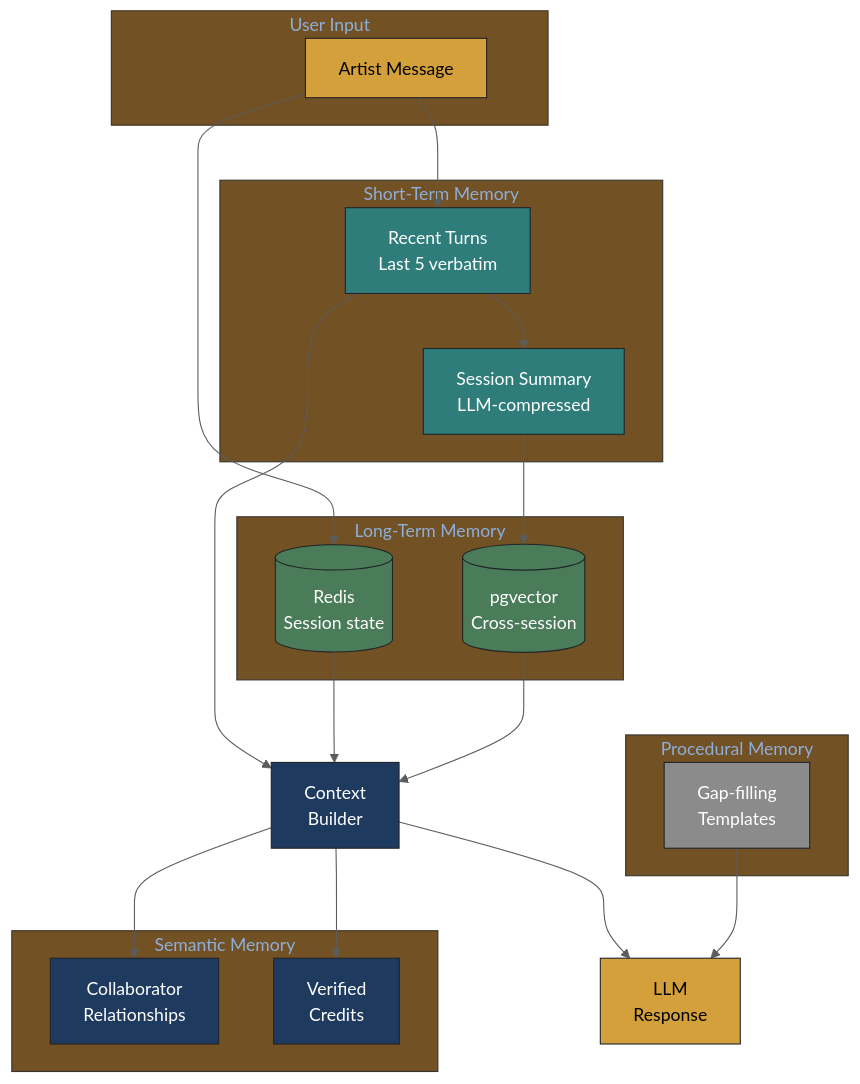
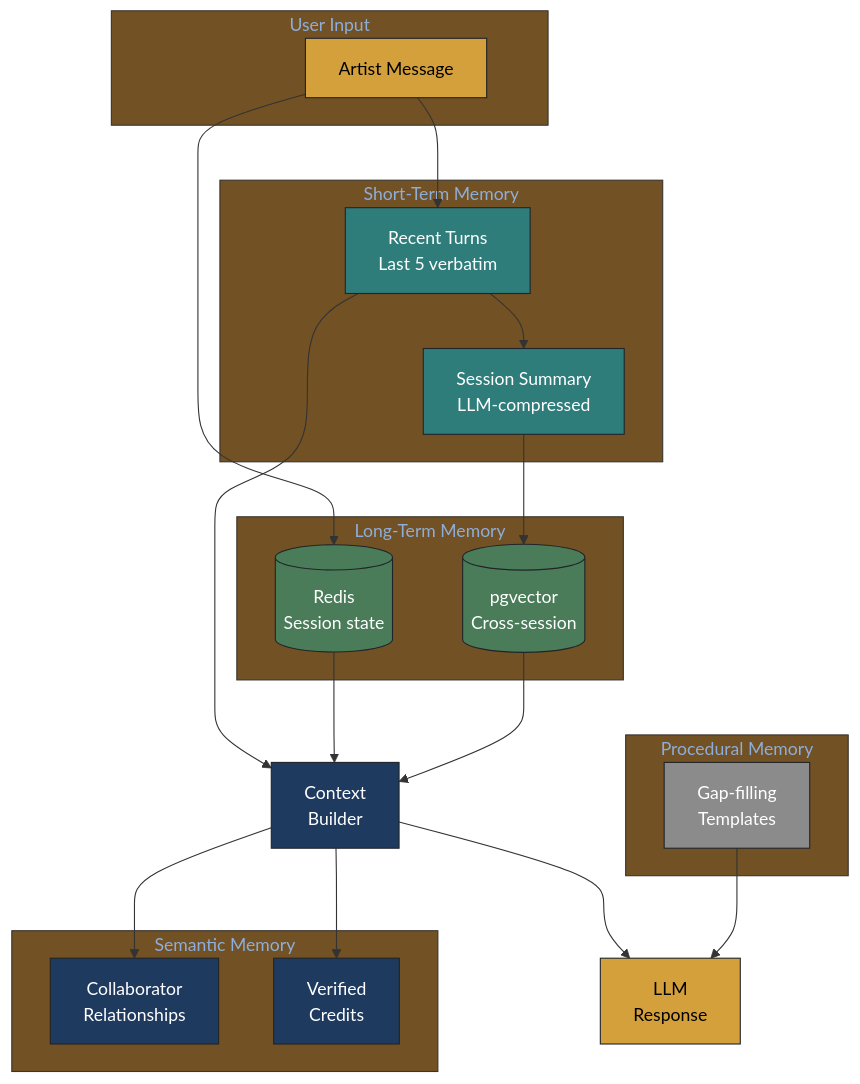
The fifth of 7 diagrams in docs/prd/chat-interface-prd.md (petteriTeikari/music-attribution-scaffold), drawn with Mermaid before and after one commit. The commit also changed other lines of this file and 53 other files, not shown here.

First line of the commit message:
docs: final documentation polish — 200+ figures, Mermaid contrast, zero orphans (#122)

````diff
--- a/docs/prd/chat-interface-prd.md
+++ b/docs/prd/chat-interface-prd.md
@@ -306,51 +306,51 @@
 ```mermaid
-%%{init: {'theme': 'base', 'themeVariables': {'background': '#fcfaf5', 'primaryColor': '#1E3A5F', 'lineColor': '#5C5C5C'}}}%%
+%%{init: {'theme': 'base', 'themeVariables': {'background': '#fcfaf5', 'primaryColor': '#1E3A5F', 'lineColor': '#333333'}}}%%
 graph TB
     subgraph input[" User Input "]
         MSG[Artist Message]
     end
 
     subgraph shortterm[" Short-Term Memory "]
         RECENT[Recent Turns<br/>Last 5 verbatim]
         SUMMARY[Session Summary<br/>LLM-compressed]
     end
 
     subgraph longterm[" Long-Term Memory "]
         VECTOR[(pgvector<br/>Cross-session)]
         REDIS[(Redis<br/>Session state)]
     end
 
     subgraph semantic[" Semantic Memory "]
         COLLAB[Collaborator<br/>Relationships]
         CREDITS[Verified<br/>Credits]
     end
 
     subgraph procedural[" Procedural Memory "]
         PROMPTS[Gap-filling<br/>Templates]
     end
 
     MSG --> RECENT
     RECENT --> SUMMARY
     SUMMARY --> VECTOR
     MSG --> REDIS
 
     VECTOR --> CONTEXT[Context<br/>Builder]
     REDIS --> CONTEXT
     RECENT --> CONTEXT
 
     CONTEXT --> COLLAB
     CONTEXT --> CREDITS
     PROMPTS --> RESPONSE[LLM<br/>Response]
     CONTEXT --> RESPONSE
 
     style MSG fill:#D4A03C,color:#000
     style RECENT fill:#2E7D7B,color:#fff
     style SUMMARY fill:#2E7D7B,color:#fff
     style VECTOR fill:#4A7C59,color:#fff
     style REDIS fill:#4A7C59,color:#fff
     style COLLAB fill:#1E3A5F,color:#fff
     style CREDITS fill:#1E3A5F,color:#fff
     style PROMPTS fill:#8B8B8B,color:#fff
     style CONTEXT fill:#1E3A5F,color:#fff
     style RESPONSE fill:#D4A03C,color:#000
 ```
````
